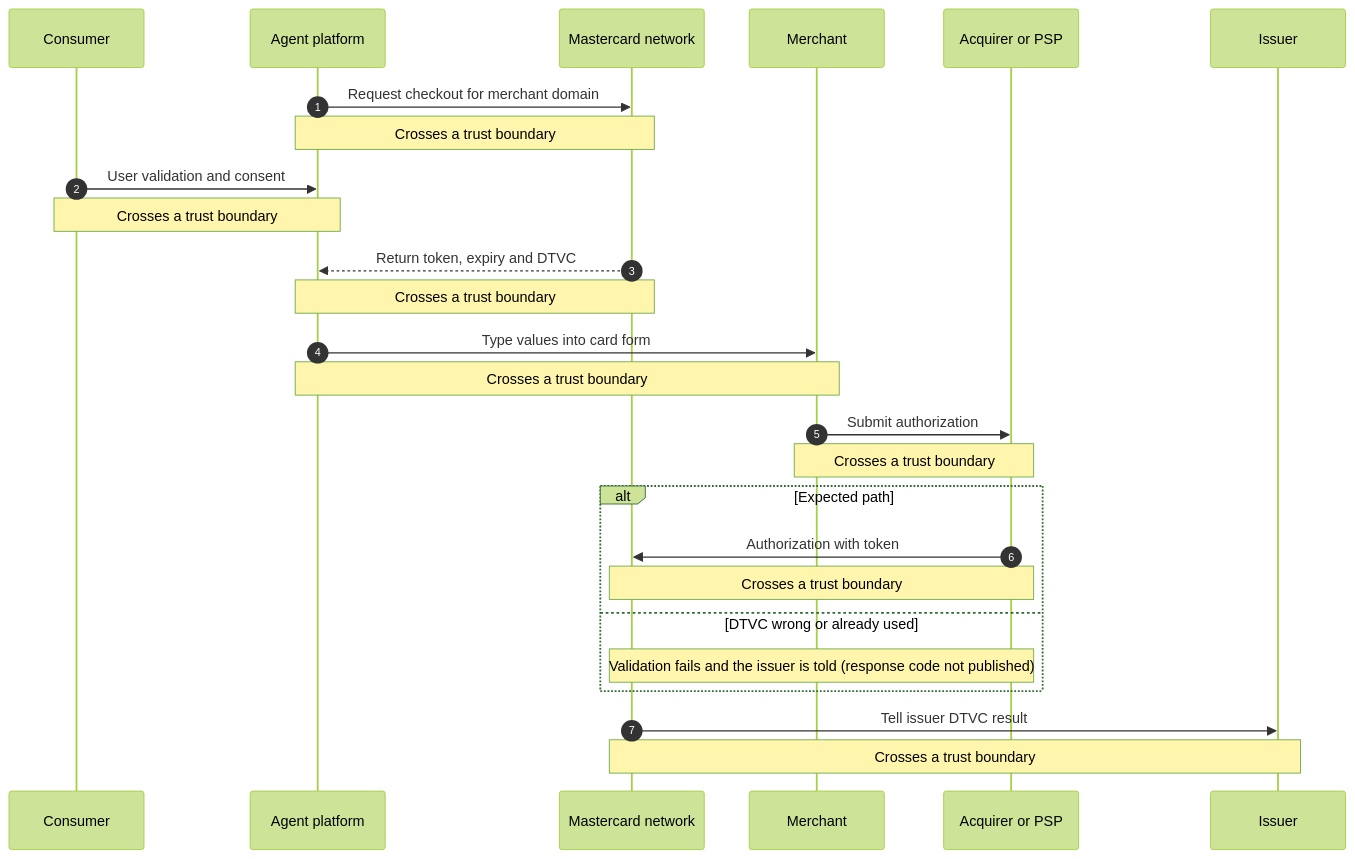
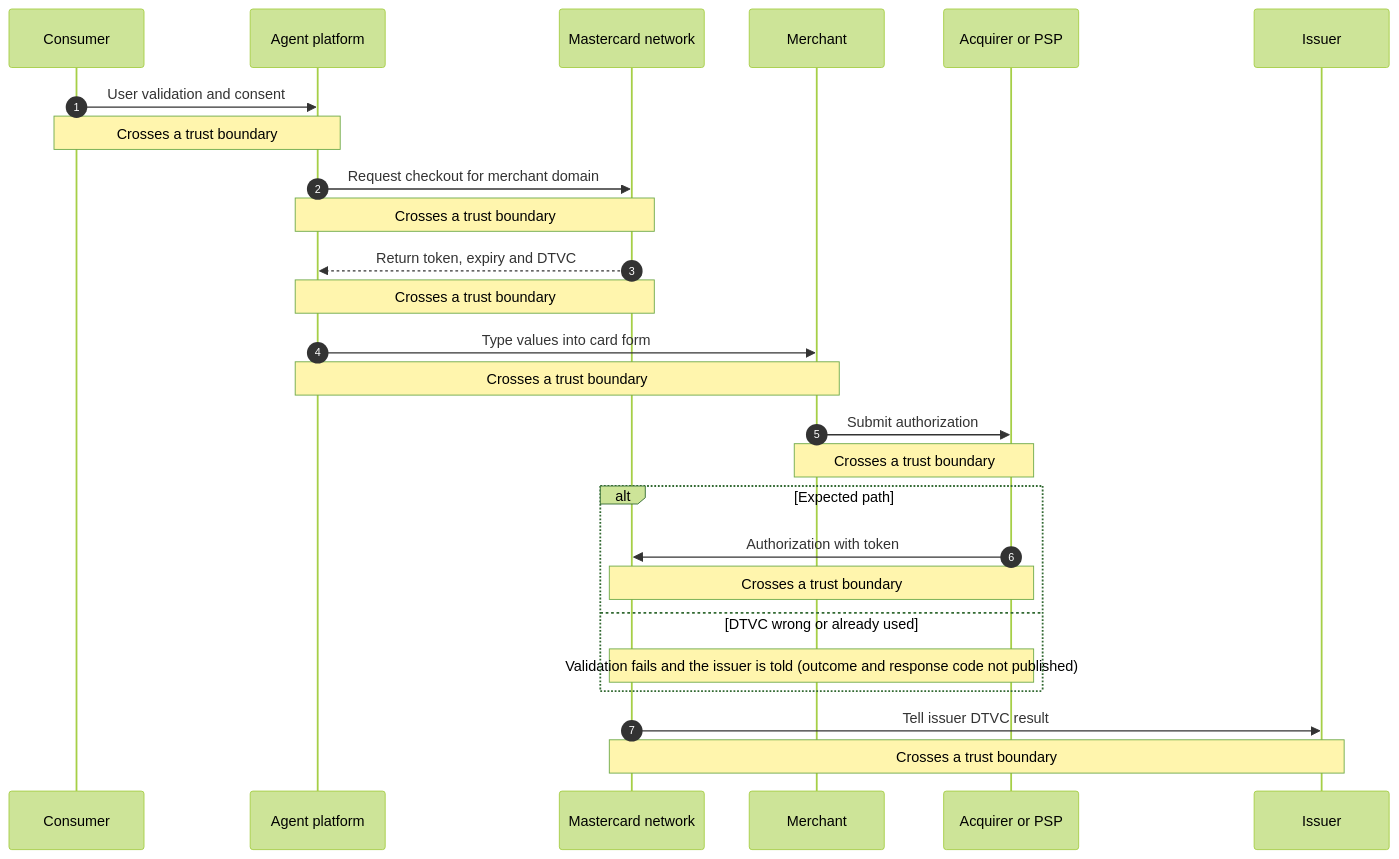
The diagram in src/generated/mermaid/mastercard-agent-pay-dtvc-guest-checkout.mmd (mercesAI/agentic-rails-atlas), drawn with Mermaid (forest theme) before and after one commit. The commit also changed 23 other files, not shown here.

Commit message:
fix(mastercard-agent-pay): apply verifier fixes (MDES wording, DTVC flow order, VI lifetimes, claims)

```diff
--- a/src/generated/mermaid/mastercard-agent-pay-dtvc-guest-checkout.mmd
+++ b/src/generated/mermaid/mastercard-agent-pay-dtvc-guest-checkout.mmd
@@ -1,28 +1,28 @@
 sequenceDiagram
   accTitle: Guest checkout with a Virtual Card Token and a DTVC
-  accDescr: Sequence diagram: Guest checkout with a Virtual Card Token and a DTVC. 6 participants: Consumer, Agent platform, Mastercard network, Merchant, Acquirer or PSP, and Issuer. 7 steps, 7 crossing a trust boundary, 1 failure branch. Based on mastercard-agent-pay Agent Pay developer guides (unversioned, read 2026-10-11) (2026-10-11). Step 1: Agent platform to Mastercard network: Request checkout for merchant domain. This step crosses a trust boundary. Step 2: Consumer to Agent platform: User validation and consent. This step crosses a trust boundary. Step 3: Mastercard network to Agent platform: Return token, expiry and DTVC. This step crosses a trust boundary. Step 4: Agent platform to Merchant: Type values into card form. This step crosses a trust boundary. Step 5: Merchant to Acquirer or PSP: Submit authorization. This step crosses a trust boundary. Step 6: Acquirer or PSP to Mastercard network: Authorization with token. This step crosses a trust boundary. If DTVC wrong or already used: Validation fails and the issuer is told (response code not published). Step 7: Mastercard network to Issuer: Tell issuer DTVC result. This step crosses a trust boundary.
+  accDescr: Sequence diagram: Guest checkout with a Virtual Card Token and a DTVC. 6 participants: Consumer, Agent platform, Mastercard network, Merchant, Acquirer or PSP, and Issuer. 7 steps, 7 crossing a trust boundary, 1 failure branch. Based on mastercard-agent-pay Agent Pay developer guides (unversioned, read 2026-10-11) (2026-10-11). Step 1: Consumer to Agent platform: User validation and consent. This step crosses a trust boundary. Step 2: Agent platform to Mastercard network: Request checkout for merchant domain. This step crosses a trust boundary. Step 3: Mastercard network to Agent platform: Return token, expiry and DTVC. This step crosses a trust boundary. Step 4: Agent platform to Merchant: Type values into card form. This step crosses a trust boundary. Step 5: Merchant to Acquirer or PSP: Submit authorization. This step crosses a trust boundary. Step 6: Acquirer or PSP to Mastercard network: Authorization with token. This step crosses a trust boundary. If DTVC wrong or already used: Validation fails and the issuer is told (outcome and response code not published). Step 7: Mastercard network to Issuer: Tell issuer DTVC result. This step crosses a trust boundary.
   autonumber
   participant p_consumer as Consumer
   participant p_agent as Agent platform
   participant p_network as Mastercard network
   participant p_merchant as Merchant
   participant p_acquirer as Acquirer or PSP
   participant p_issuer as Issuer
+  p_consumer->>p_agent: User validation and consent
+  Note over p_consumer,p_agent: Crosses a trust boundary
   p_agent->>p_network: Request checkout for merchant domain
   Note over p_agent,p_network: Crosses a trust boundary
-  p_consumer->>p_agent: User validation and consent
-  Note over p_consumer,p_agent: Crosses a trust boundary
   p_network-->>p_agent: Return token, expiry and DTVC
   Note over p_network,p_agent: Crosses a trust boundary
   p_agent->>p_merchant: Type values into card form
   Note over p_agent,p_merchant: Crosses a trust boundary
   p_merchant->>p_acquirer: Submit authorization
   Note over p_merchant,p_acquirer: Crosses a trust boundary
   alt Expected path
     p_acquirer->>p_network: Authorization with token
     Note over p_acquirer,p_network: Crosses a trust boundary
   else DTVC wrong or already used
-    Note over p_acquirer,p_network: Validation fails and the issuer is told (response code not published)
+    Note over p_acquirer,p_network: Validation fails and the issuer is told (outcome and response code not published)
   end
   p_network->>p_issuer: Tell issuer DTVC result
   Note over p_network,p_issuer: Crosses a trust boundary
```
